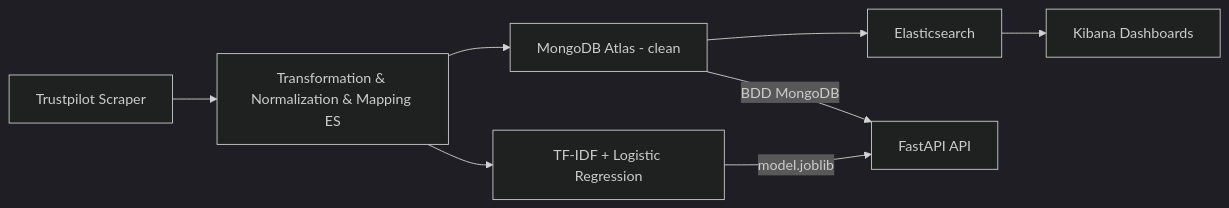
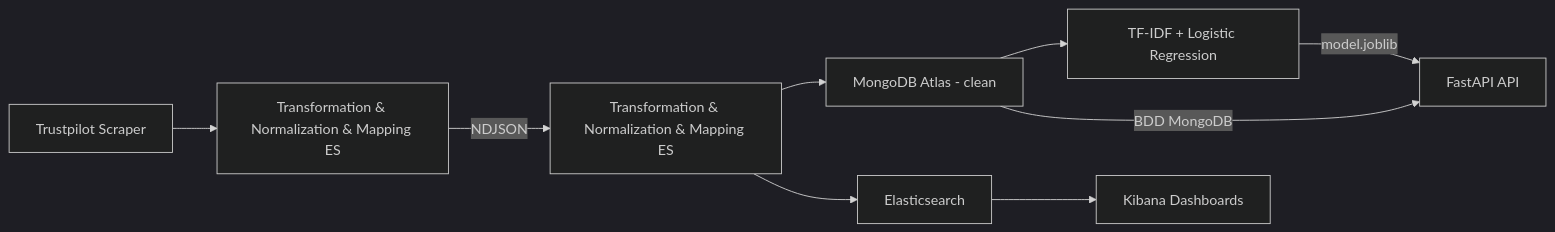
Before and after one commit to AbderraoufBou14/trustpilot-sentiment-data-pipeline: the diagram in README.md, drawn with Mermaid (dark theme).

Commit message:
Update architecture diagram in README.md

````diff
--- a/README.md
+++ b/README.md
@@ -25,10 +25,11 @@
 ```mermaid
 flowchart LR
     A[Trustpilot Scraper] --> B[Transformation & Normalization & Mapping ES];
-    B --> C[MongoDB Atlas - clean];
-    C --> D[Elasticsearch];
-    B --> F[TF-IDF + Logistic Regression];
-    C -->|BDD MongoDB| G[FastAPI API];
+    B --> |NDJSON| C[Transformation & Normalization & Mapping ES]
+    C --> D[MongoDB Atlas - clean];
+    C --> E[Elasticsearch];
+    D --> F[TF-IDF + Logistic Regression];
+    D -->|BDD MongoDB| G[FastAPI API];
     F -->|model.joblib| G[FastAPI API];
-    D --> H[Kibana Dashboards];
+    E --> H[Kibana Dashboards];
 ```
````
